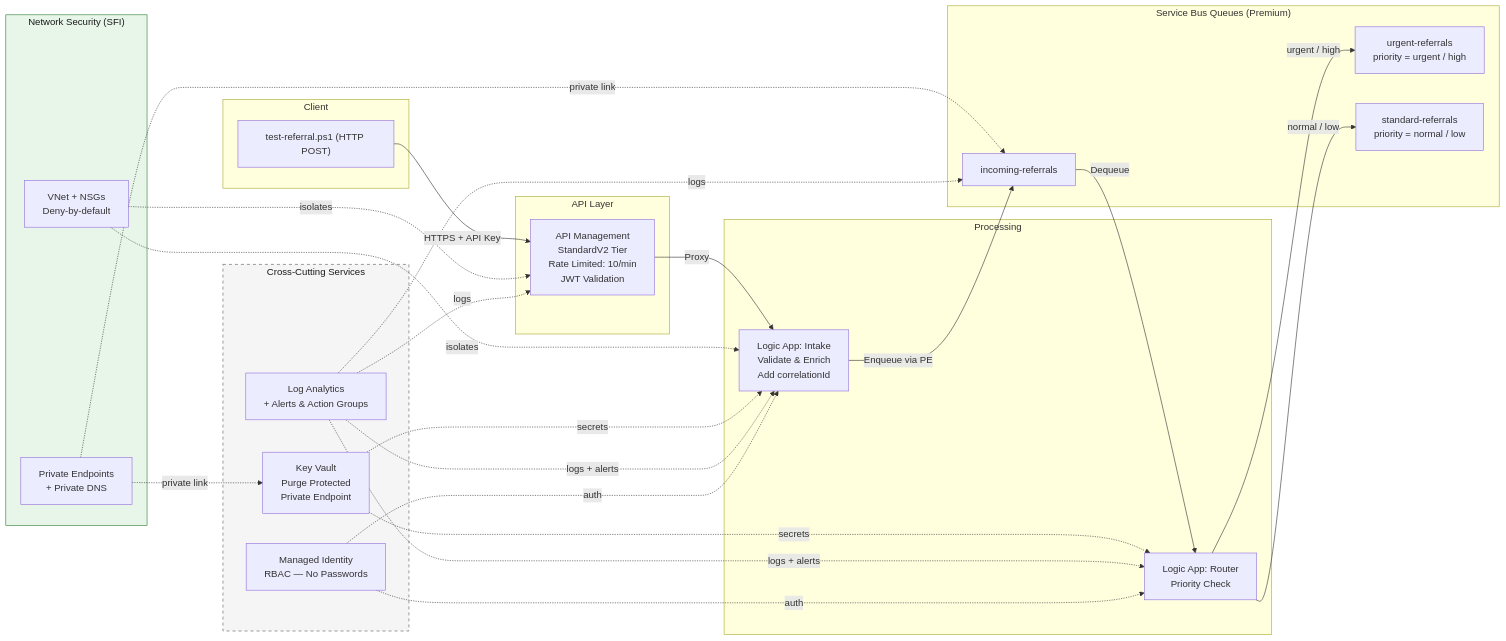
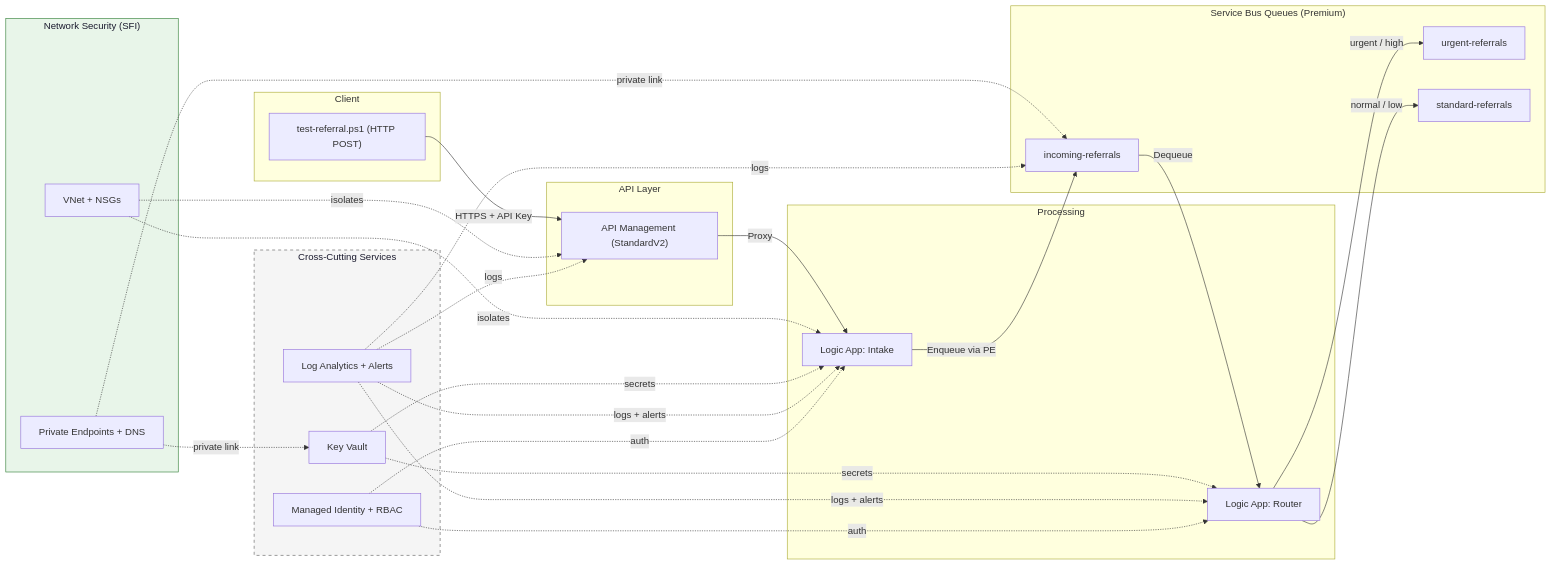
The first of 2 diagrams in README.md (mhuot-msft/azure-logic-app-sfi-demo), drawn with Mermaid before and after one commit. The commit also changed 1 other file, not shown here.

Commit message:
docs: fix Mermaid node labels to use single-line text
Replace \n and <br/> line breaks in Mermaid node labels with
concise single-line labels per copilot-instructions.md rule.
Multi-line labels render inconsistently across GitHub, VS Code,
and other Mermaid renderers.

````diff
--- a/README.md
+++ b/README.md
@@ -9,55 +9,55 @@
 ```mermaid
 flowchart LR
     subgraph Client
         A["test-referral.ps1 (HTTP POST)"]
     end
 
     subgraph api["API Layer"]
-        B["API Management\nStandardV2 Tier\nRate Limited: 10/min\nJWT Validation"]
+        B["API Management (StandardV2)"]
     end
 
     subgraph network["Network Security (SFI)"]
-        V["VNet + NSGs\nDeny-by-default"]
-        PE["Private Endpoints\n+ Private DNS"]
+        V["VNet + NSGs"]
+        PE["Private Endpoints + DNS"]
     end
 
     subgraph processing["Processing"]
-        C["Logic App: Intake\nValidate & Enrich\nAdd correlationId"]
-        F["Logic App: Router\nPriority Check"]
+        C["Logic App: Intake"]
+        F["Logic App: Router"]
     end
 
     subgraph messaging["Service Bus Queues (Premium)"]
         D[incoming-referrals]
-        G["urgent-referrals\npriority = urgent / high"]
-        H["standard-referrals\npriority = normal / low"]
+        G["urgent-referrals"]
+        H["standard-referrals"]
     end
 
     subgraph security["Cross-Cutting Services"]
-        I["Key Vault\nPurge Protected\nPrivate Endpoint"]
-        J["Log Analytics\n+ Alerts & Action Groups"]
-        K["Managed Identity\nRBAC — No Passwords"]
+        I["Key Vault"]
+        J["Log Analytics + Alerts"]
+        K["Managed Identity + RBAC"]
     end
 
     A -->|HTTPS + API Key| B
     B -->|Proxy| C
     C -->|Enqueue via PE| D
     D -->|Dequeue| F
     F -->|urgent / high| G
     F -->|normal / low| H
 
     V -.->|isolates| B
     V -.->|isolates| C
     PE -.->|private link| D
     PE -.->|private link| I
     I -.->|secrets| C
     I -.->|secrets| F
     J -.->|logs + alerts| C
     J -.->|logs + alerts| F
     J -.->|logs| B
     J -.->|logs| D
     K -.->|auth| C
     K -.->|auth| F
 
-    style network fill:#e8f5e9,stroke:#2e7d32,color:#1a1a1a
-    style security fill:#f5f5f5,stroke:#595959,stroke-dasharray: 5 5,color:#1a1a1a
+    style network fill:#e8f5e9,stroke:#2e7d32,color:#1a1a2e
+    style security fill:#f5f5f5,stroke:#595959,stroke-dasharray: 5 5,color:#1a1a2e
 ```
````
